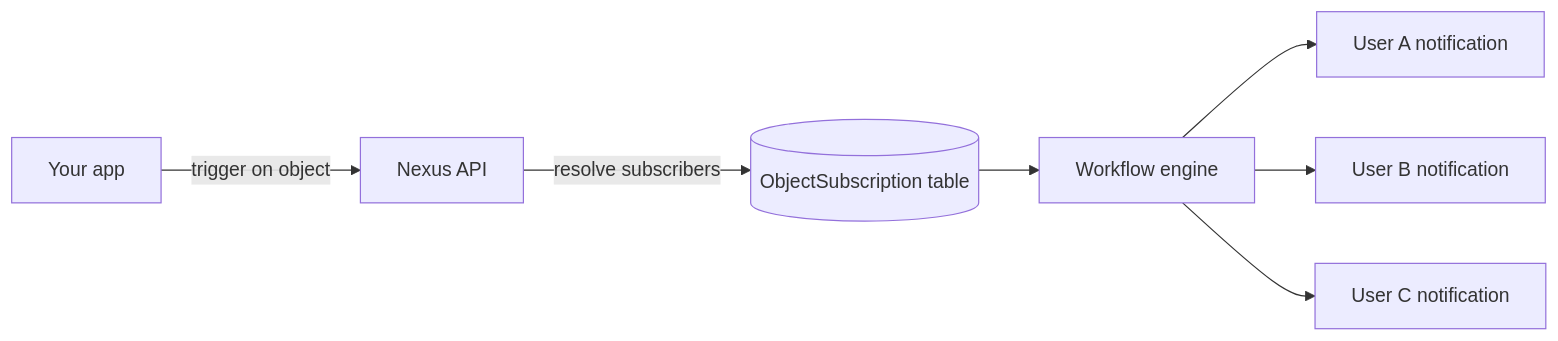
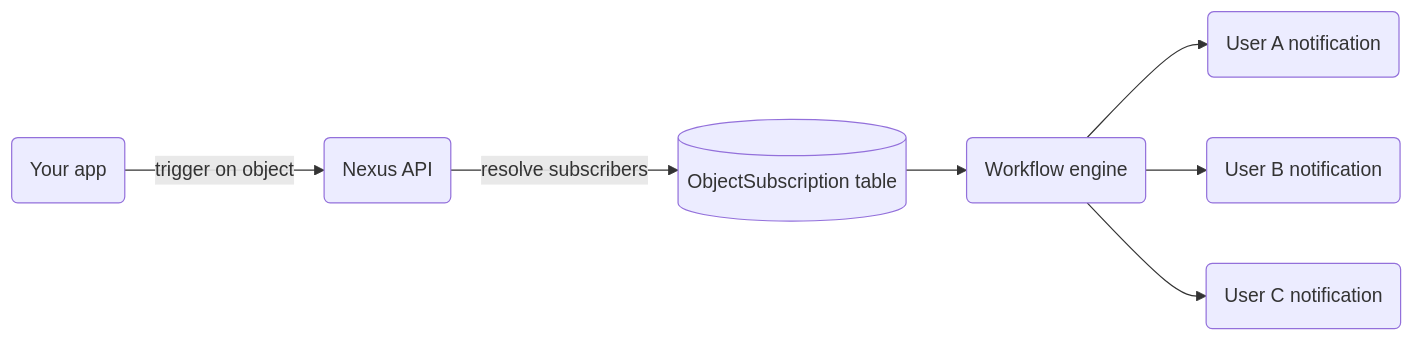
One commit to KriyanshKhunt/nexus_docs changed the diagram in content/docs/en/platform/features/objects-subscriptions.mdx. Above: the diagram before and after it, drawn with Mermaid. The commit also changed 25 other files, not shown here.

Commit message:
Handle en Mermaid charts

````diff
--- a/content/docs/en/platform/features/objects-subscriptions.mdx
+++ b/content/docs/en/platform/features/objects-subscriptions.mdx
@@ -18,9 +18,9 @@
 ```mermaid
 flowchart LR
-  App[Your app] -->|trigger on object| Nexus[Nexus API]
+  App(Your app) -->|trigger on object| Nexus(Nexus API)
   Nexus -->|resolve subscribers| DB[(ObjectSubscription table)]
-  DB --> W[Workflow engine]
-  W --> U1[User A notification]
-  W --> U2[User B notification]
-  W --> U3[User C notification]
+  DB --> W(Workflow engine)
+  W --> U1(User A notification)
+  W --> U2(User B notification)
+  W --> U3(User C notification)
 ```
````
